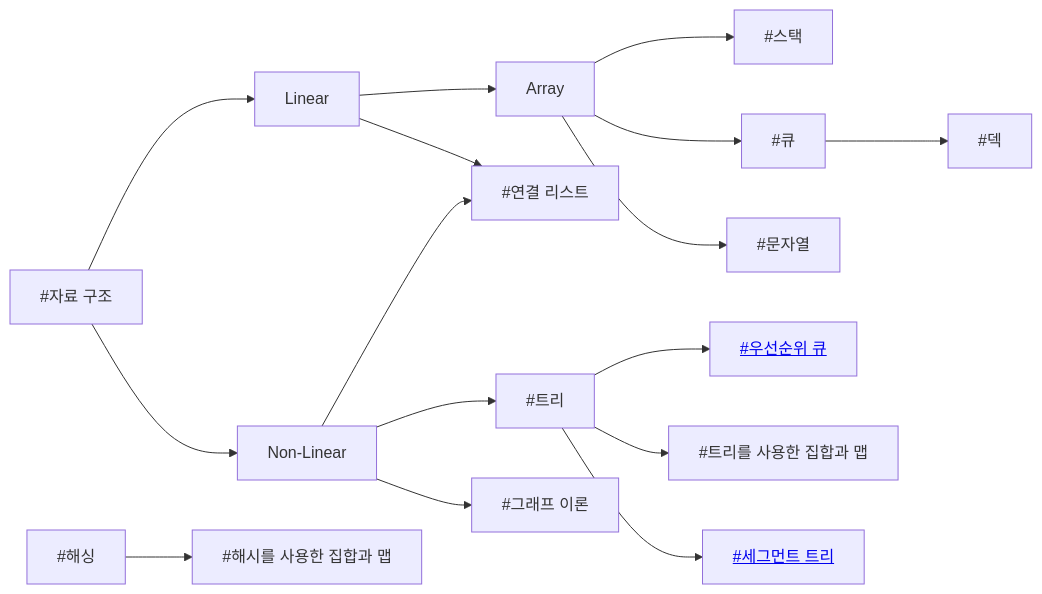
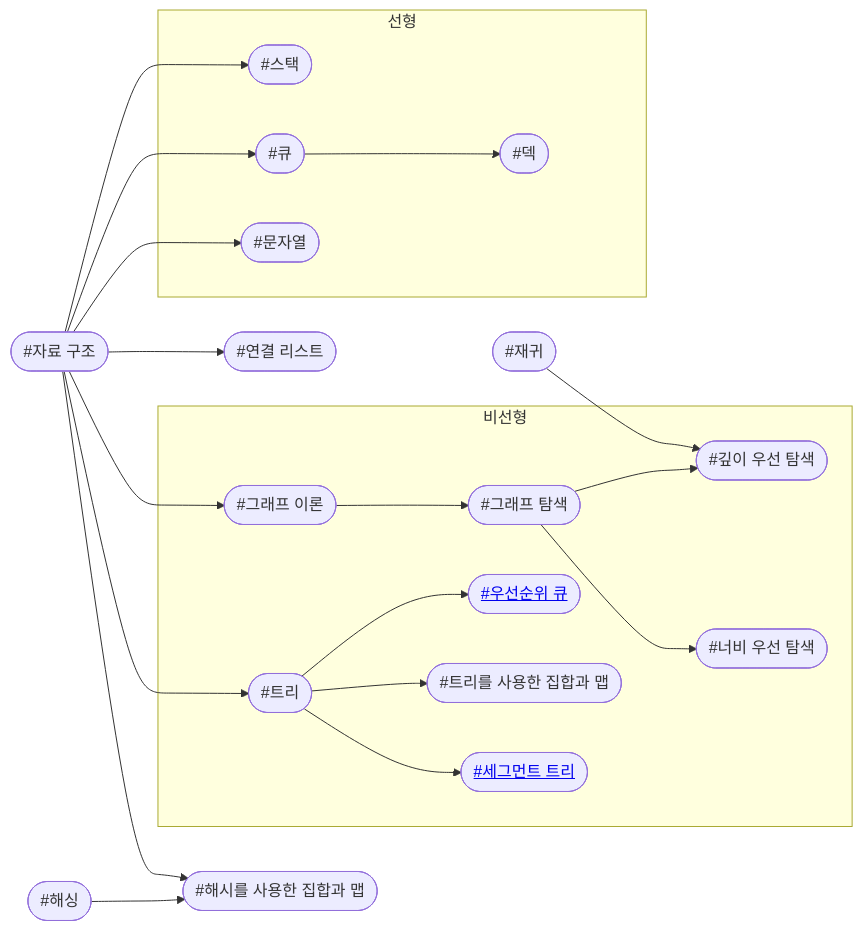
Before and after one commit to CHOYUNSIG/algorithm_with_boj: the second of 12 diagrams in index.md, drawn with Mermaid. The commit also changed other lines of this file and 1 other file, not shown here.

```diff
--- a/index.md
+++ b/index.md
@@ -35,33 +37,56 @@
 <pre class="mermaid">
     graph LR
 
-    #data_structures --> Linear
-    #data_structures --> Non-Linear
-    Linear --> Array
-    Linear --> #linked_list
-    Array --> #stack
-    Array --> #queue
-    Array --> #string
+    #data_structures --> #stack
+    #data_structures --> #queue
+    #data_structures --> #string
     #queue --> #deque
-    Non-Linear--> #trees
-    Non-Linear --> #graphs
-    Non-Linear --> #linked_list
+    #data_structures --> #linked_list
+    #data_structures --> #graphs
+    #data_structures --> #trees
+    #data_structures --> #hash_set
+    #graphs --> #graph_traversal
     #trees --> #priority_queue
     #trees --> #tree_set
     #trees --> #segtree
+    #graph_traversal --> #dfs
+    #graph_traversal --> #bfs
+    #recursion --> #dfs
     #hashing --> #hash_set
 
-    #graphs[#그래프 이론]
-    #deque[#덱]
-    #string[#문자열]
-    #segtree[<a href="post/2024/01/11/segtree.html">#세그먼트 트리</a>]
-    #stack[#스택]
-    #linked_list[#연결 리스트]
-    #priority_queue[<a href="post/2024/01/15/priority_queue.html">#우선순위 큐</a>]
-    #data_structures[#자료 구조]
-    #queue[#큐]
-    #trees[#트리]
-    #tree_set[#트리를 사용한 집합과 맵]
-    #hash_set[#해시를 사용한 집합과 맵]
-    #hashing[#해싱]
+    subgraph 선형
+        #stack
+        #queue
+        #string
+        #deque
+    end
+
+    subgraph 비선형
+        #graphs
+        #graph_traversal
+        #dfs
+        #bfs
+        #segtree
+        #priority_queue
+        #trees
+        #tree_set
+    end
+
+    #graphs(["#그래프 이론"])
+    #graph_traversal(["#그래프 탐색"])
+    #dfs(["#깊이 우선 탐색"])
+    #bfs(["#너비 우선 탐색"])
+    #deque(["#덱"])
+    #string(["#문자열"])
+    #segtree(["<a href="post/2024/01/11/segtree.html">#세그먼트 트리</a>"])
+    #stack(["#스택"])
+    #linked_list(["#연결 리스트"])
+    #priority_queue(["<a href="post/2024/01/15/priority_queue.html">#우선순위 큐</a>"])
+    #data_structures(["#자료 구조"])
+    #recursion(["#재귀"])
+    #queue(["#큐"])
+    #trees(["#트리"])
+    #tree_set(["#트리를 사용한 집합과 맵"])
+    #hash_set(["#해시를 사용한 집합과 맵"])
+    #hashing(["#해싱"])
 </pre>
```
